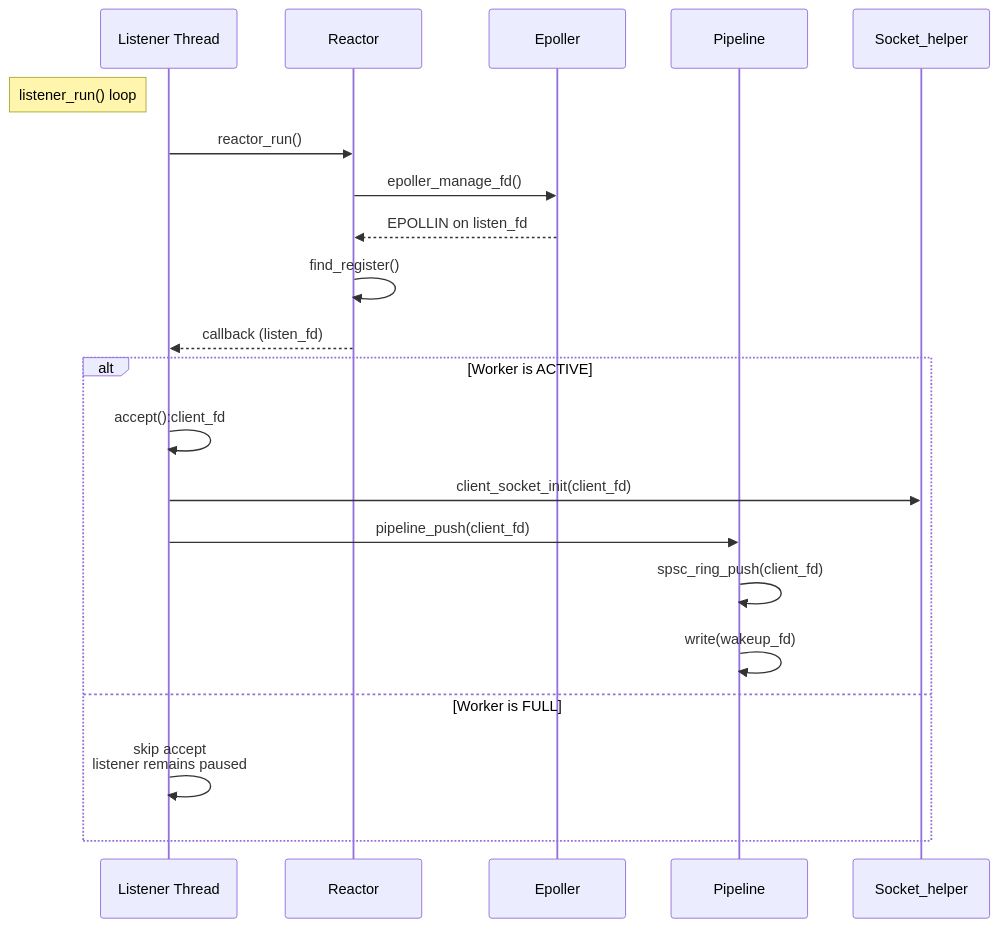
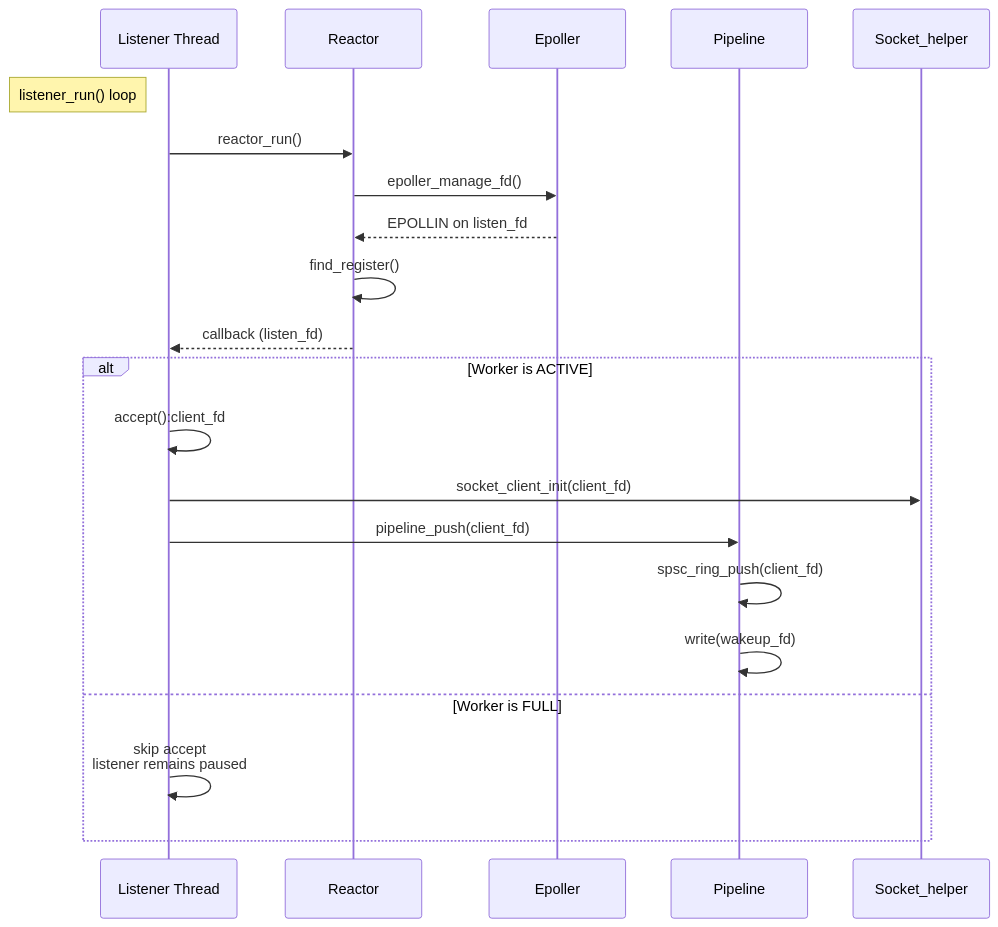
One commit to RomanHorshkov/HomeServer changed the ninth of 11 diagrams in README.md. Above: the diagram before and after it, drawn with Mermaid. The commit also changed other lines of this file and 25 other files, not shown here.

````diff
--- a/README.md
+++ b/README.md
@@ -578,28 +578,28 @@
 ```mermaid
 sequenceDiagram
   participant Listener as Listener Thread
   participant Reactor as Reactor
   participant EPOLL as Epoller
   participant Pipeline
   participant Socket_helper
 
   Note left of Listener: listener_run() loop
   Listener->>Reactor: reactor_run()
 
   Reactor->>EPOLL: epoller_manage_fd()
   EPOLL-->>Reactor: EPOLLIN on listen_fd
   Reactor->>Reactor: find_register()
   Reactor-->>Listener: callback (listen_fd)
 
   alt Worker is ACTIVE
     Listener->> Listener: accept():client_fd
-    Listener->>Socket_helper: client_socket_init(client_fd) 
+    Listener->>Socket_helper: socket_client_init(client_fd) 
 
     Listener->>Pipeline: pipeline_push(client_fd)
     Pipeline->>Pipeline: spsc_ring_push(client_fd)
     Pipeline->>Pipeline: write(wakeup_fd)
 
   else Worker is FULL
     Listener->>Listener: skip accept<br>listener remains paused
   end
 ```
````
